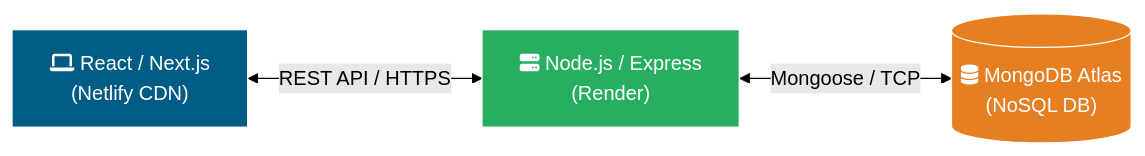
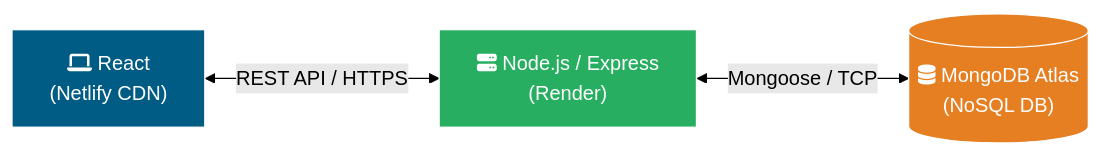
Before and after one commit to tsorren/Tienda-Sol-TP-DDSO: the diagram in README.md, drawn with Mermaid (forest theme). The commit also changed other lines of this file, not shown here.

````diff
--- a/README.md
+++ b/README.md
@@ -72,13 +66,13 @@
 ```mermaid
 graph LR
-    Frontend["fa:fa-laptop React / Next.js <br/> (Netlify CDN)"]
+    Frontend["fa:fa-laptop React <br/> (Netlify CDN)"]
     Backend["fa:fa-server Node.js / Express <br/> (Render)"]
     DB[("fa:fa-database MongoDB Atlas <br/> (NoSQL DB)")]
 
     Frontend <-->|REST API / HTTPS| Backend
     Backend <-->|Mongoose / TCP| DB
 
     style Frontend fill:#005C84,stroke:#fff,color:#fff
     style Backend fill:#27AE60,stroke:#fff,color:#fff
     style DB fill:#E67E22,stroke:#fff,color:#fff
 ```
````
